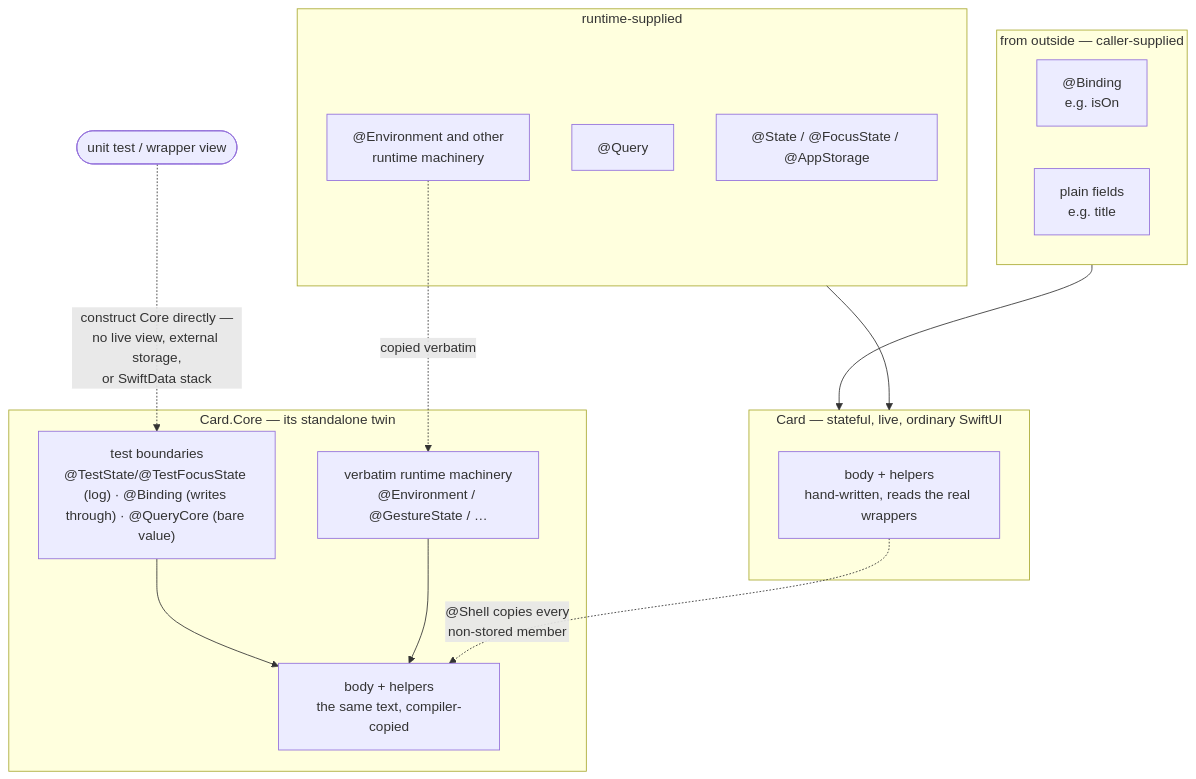
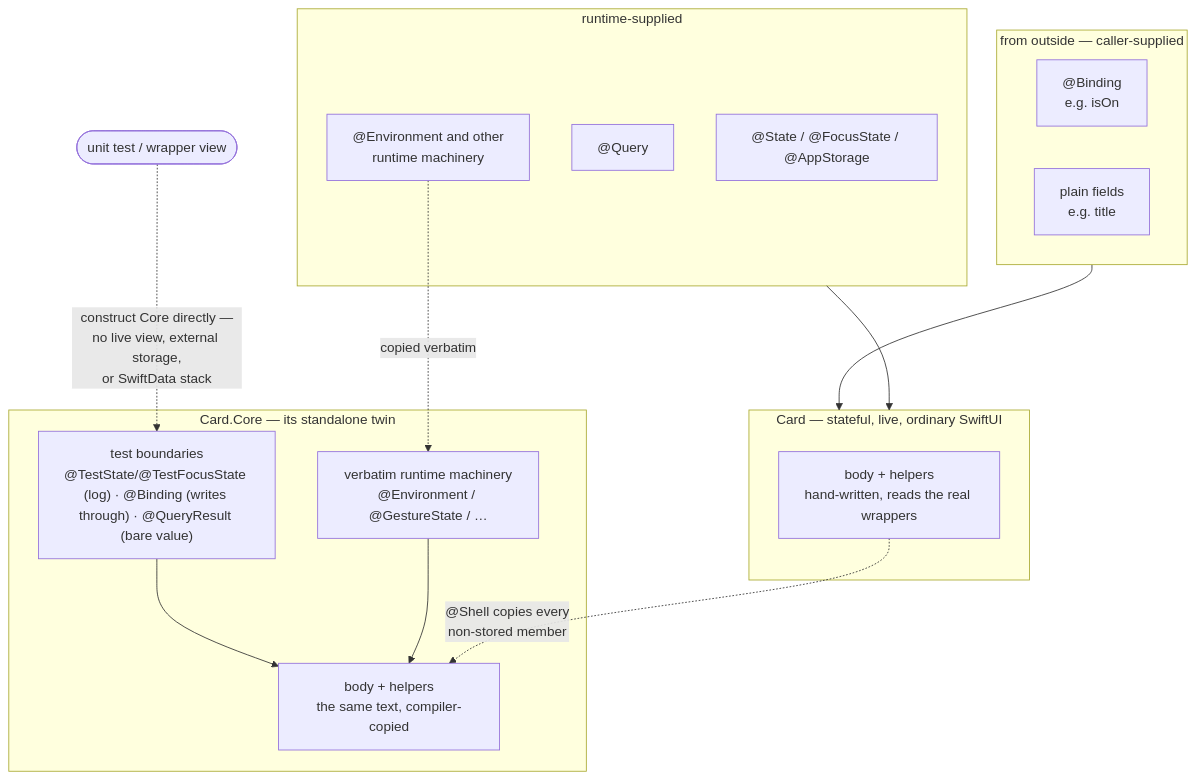
The first of 3 diagrams in README.md (sisoje/swift-core-flow), drawn with Mermaid before and after one commit. The commit also changed other lines of this file and 42 other files, not shown here.

First line of the commit message:
Add QueryView: SwiftData queries as dependency-keyed data flow

````diff
--- a/README.md
+++ b/README.md
@@ -364,32 +371,32 @@
 ```mermaid
 flowchart TD
     subgraph Outside["from outside — caller-supplied"]
         Bind["@Binding<br/>e.g. isOn"]
         Plain["plain fields<br/>e.g. title"]
     end
 
     subgraph Runtime["runtime-supplied"]
         State["@State / @FocusState / @AppStorage"]
         Query["@Query"]
         Env["@Environment and other<br/>runtime machinery"]
     end
 
     Outside --> Card
     Runtime --> Card
 
     subgraph Card["Card — stateful, live, ordinary SwiftUI"]
         CardBody["body + helpers<br/>hand-written, reads the real wrappers"]
     end
 
     subgraph Twin["Card.Core — its standalone twin"]
-        Boundaries["test boundaries<br/>@TestState/@TestFocusState (log) · @Binding (writes through) · @QueryCore (bare value)"]
+        Boundaries["test boundaries<br/>@TestState/@TestFocusState (log) · @Binding (writes through) · @QueryResult (bare value)"]
         Machinery["verbatim runtime machinery<br/>@Environment / @GestureState / …"]
         CoreBody["body + helpers<br/>the same text, compiler-copied"]
         Boundaries --> CoreBody
         Machinery --> CoreBody
     end
 
     CardBody -. "@Shell copies every<br/>non-stored member" .-> CoreBody
     Env -. "copied verbatim" .-> Machinery
     Test(["unit test / wrapper view"]) -. "construct Core directly —<br/>no live view, external storage,<br/>or SwiftData stack" .-> Boundaries
 ```
````
